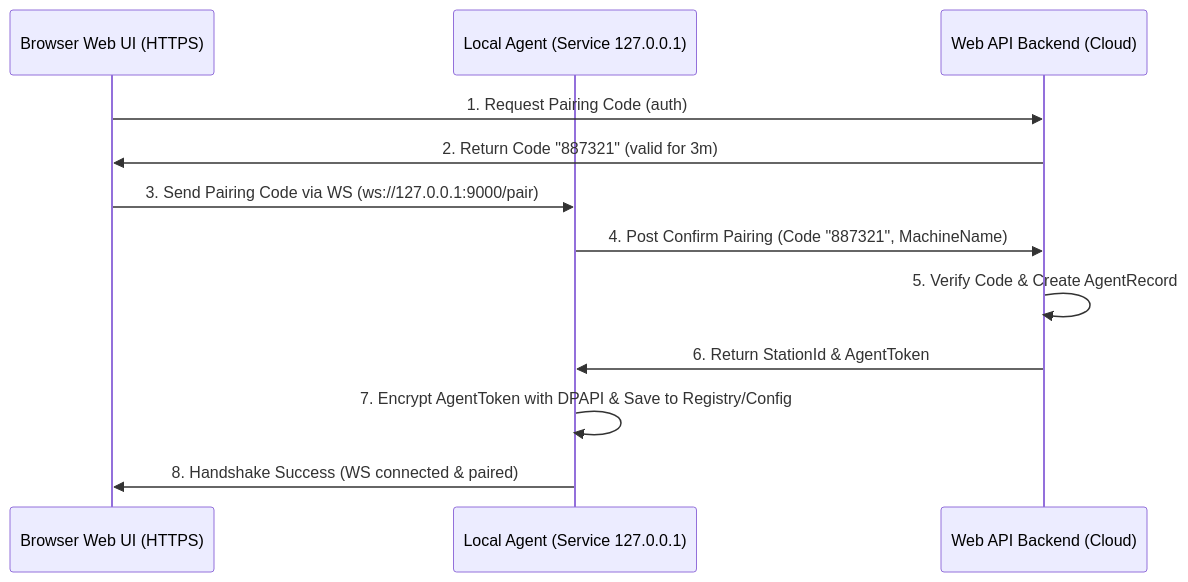
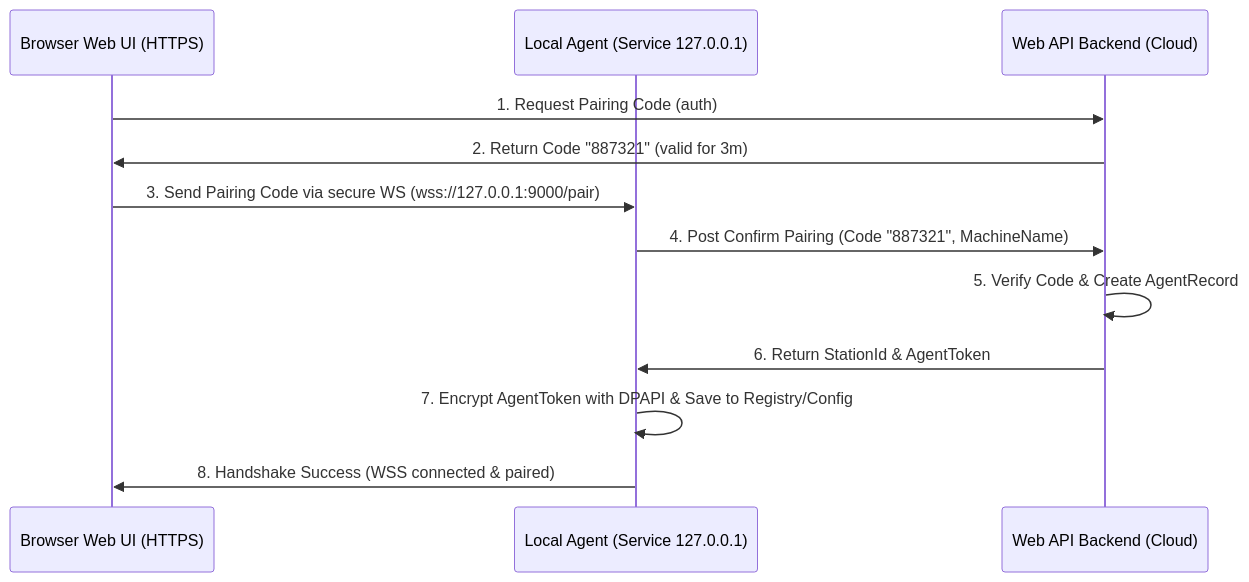
Before and after one commit to minhtalent-dev/nexustock: the diagram in planning/phases/phase_20_local_agent_foundation.md, drawn with Mermaid. The commit also changed other lines of this file and 13 other files, not shown here.

Commit message:
docs: add architecture decision records, schemas, and phase-based implementation plans for Nexustock enterprise warehouse planning

````diff
--- a/planning/phases/phase_20_local_agent_foundation.md
+++ b/planning/phases/phase_20_local_agent_foundation.md
@@ -109,15 +109,15 @@
 ```mermaid
 sequenceDiagram
     participant WebUI as Browser Web UI (HTTPS)
     participant Agent as Local Agent (Service 127.0.0.1)
     participant Cloud as Web API Backend (Cloud)
 
     WebUI->>Cloud: 1. Request Pairing Code (auth)
     Cloud->>WebUI: 2. Return Code "887321" (valid for 3m)
-    WebUI->>Agent: 3. Send Pairing Code via WS (ws://127.0.0.1:9000/pair)
+    WebUI->>Agent: 3. Send Pairing Code via secure WS (wss://127.0.0.1:9000/pair)
     Agent->>Cloud: 4. Post Confirm Pairing (Code "887321", MachineName)
     Cloud->>Cloud: 5. Verify Code & Create AgentRecord
     Cloud->>Agent: 6. Return StationId & AgentToken
     Agent->>Agent: 7. Encrypt AgentToken with DPAPI & Save to Registry/Config
-    Agent->>WebUI: 8. Handshake Success (WS connected & paired)
+    Agent->>WebUI: 8. Handshake Success (WSS connected & paired)
 ```
````
